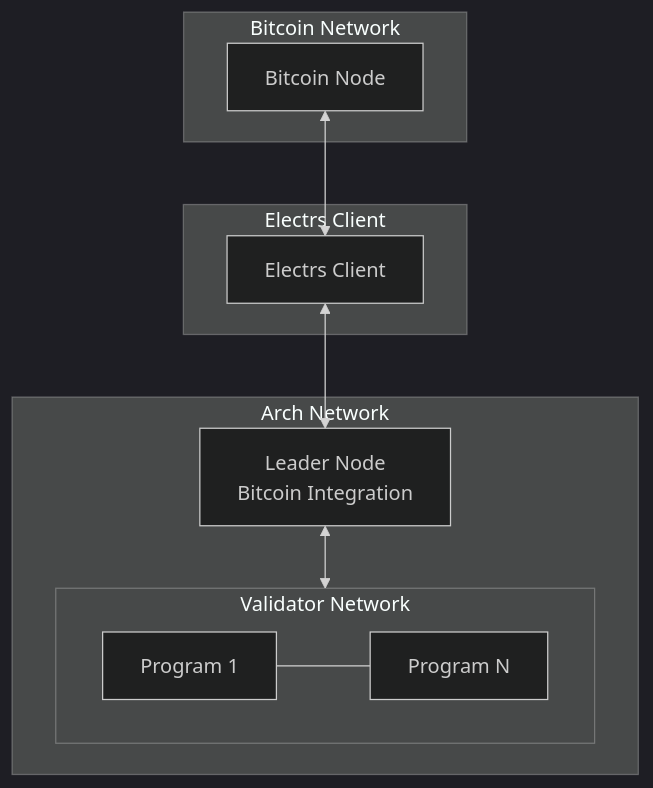
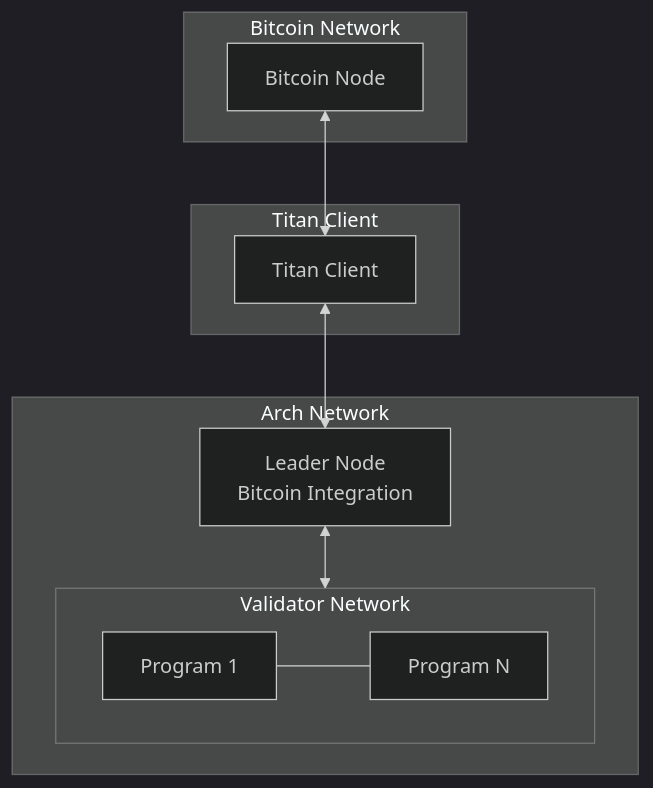
One commit to Arch-Network/book changed the first of 4 diagrams in src/concepts/bitcoin-integration.md. Above: the diagram before and after it, drawn with Mermaid (dark theme). The commit also changed 9 other files, not shown here.

````diff
--- a/src/concepts/bitcoin-integration.md
+++ b/src/concepts/bitcoin-integration.md
@@ -7,23 +7,23 @@
 ```mermaid
 flowchart TB
     subgraph BN[Bitcoin Network]
         BNode[Bitcoin Node]
     end
 
-    subgraph EC[Electrs Client]
-        ECNode[Electrs Client]
+    subgraph TC[Titan Client]
+        TCNode[Titan Client]
     end
 
     subgraph AN[Arch Network]
         LN[Leader Node\nBitcoin Integration]
         subgraph VN[Validator Network]
             P1[Program 1]
             PN[Program N]
         end
     end
 
-    BNode <--> ECNode
-    ECNode <--> LN
+    BNode <--> TCNode
+    TCNode <--> LN
     LN <--> VN
     P1 --- PN
 ```
````
